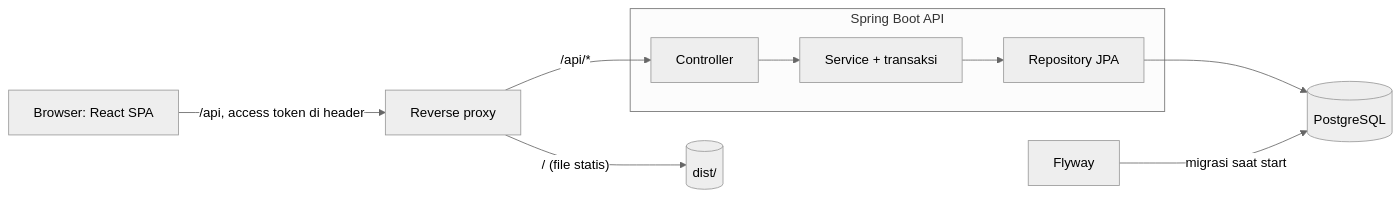
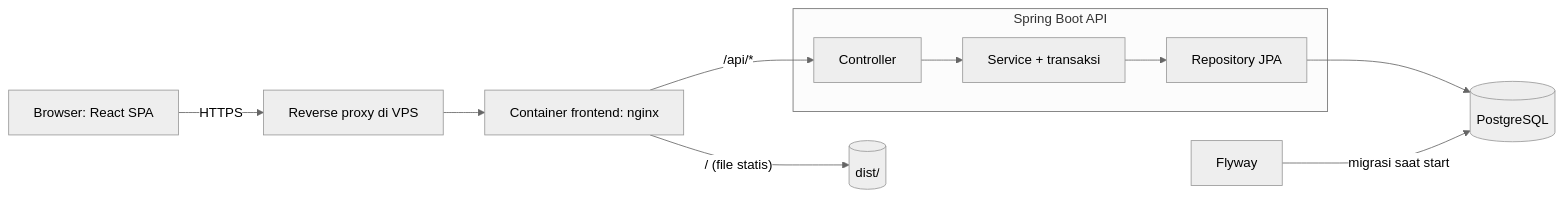
The first of 4 diagrams in README.md (rinooktavianridwan/E-Wallet), drawn with Mermaid (neutral theme) before and after one commit. The commit also changed other lines of this file and 10 other files, not shown here.

````diff
--- a/README.md
+++ b/README.md
@@ -32,12 +32,13 @@
 ```mermaid
 flowchart LR
-    B[Browser: React SPA] -- "/api, access token di header" --> P[Reverse proxy]
-    P -- "/ (file statis)" --> S[(dist/)]
-    P -- "/api/*" --> A
+    B[Browser: React SPA] -- HTTPS --> X[Reverse proxy di VPS]
+    X --> N[Container frontend: nginx]
+    N -- "/ (file statis)" --> S[(dist/)]
+    N -- "/api/*" --> A
     subgraph Backend["Spring Boot API"]
         A[Controller] --> SV[Service + transaksi]
         SV --> R[Repository JPA]
     end
     R --> DB[(PostgreSQL)]
     F[Flyway] -- migrasi saat start --> DB
 ```
````
